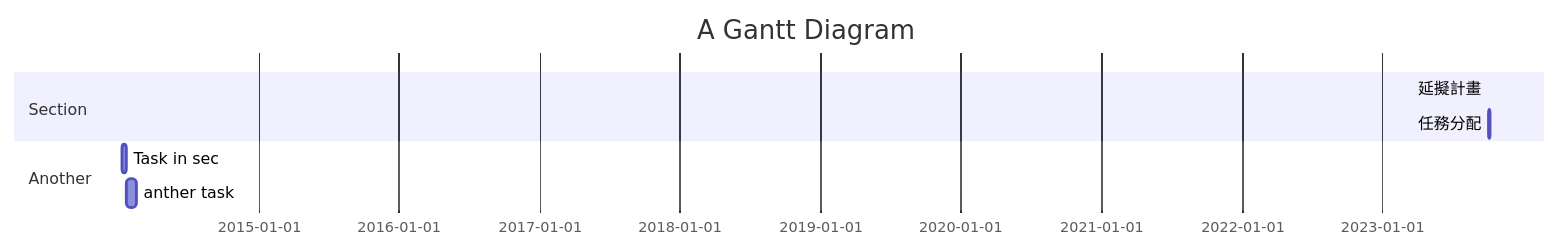
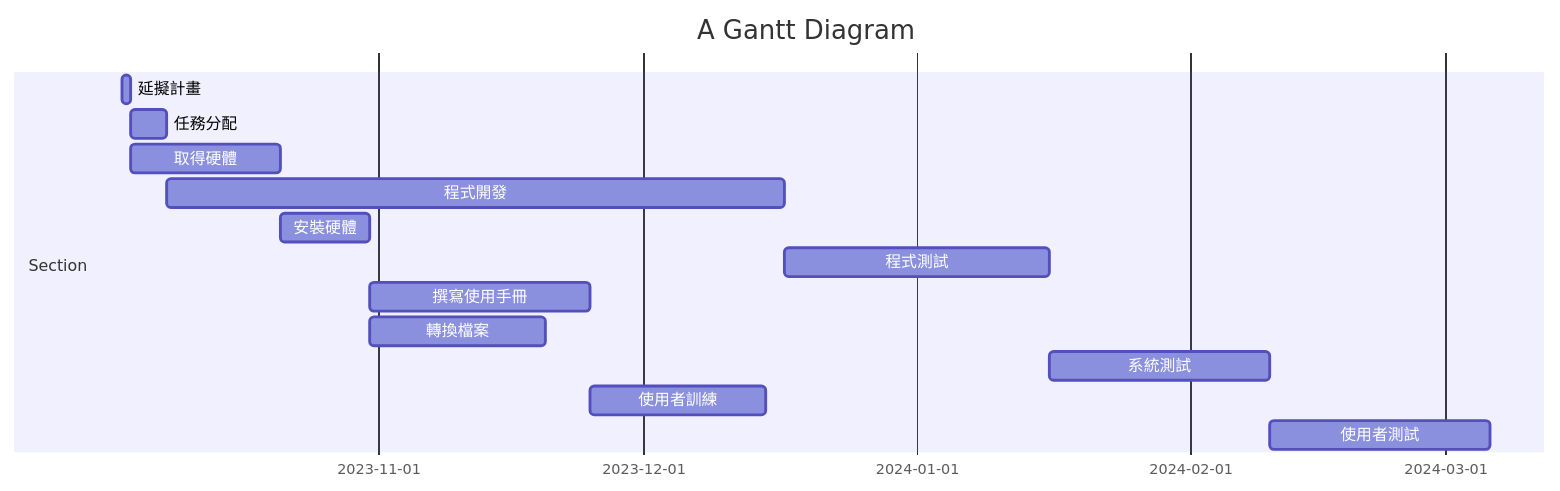
Before and after one commit to xinyi1201/hw2.md: the diagram in README.md, drawn with Mermaid. The commit also changed other lines of this file, not shown here.

````diff
--- a/README.md
+++ b/README.md
@@ -8,11 +8,17 @@
 ```mermaid
 gantt
     title A Gantt Diagram
 
     section Section
     延擬計畫          :a1, 2023-10-03, 1d
-    任務分配     :after a1  , 4d
-    section Another
-    Task in sec      :2014-01-12  , 12d
-    anther task      : 24d
+    任務分配     :a2 , after a1  , 4d
+    取得硬體   : a3 ,after a1  , 17d
+    程式開發 : a4 ,after a2  , 70d
+    安裝硬體 : a5 ,after a3  , 10d
+    程式測試 : a6 ,after a4  , 30d
+    撰寫使用手冊 : a7 ,after a5  , 25d
+    轉換檔案 : a8,after a5  , 20d
+    系統測試 : a9,after a6  , 25d
+    使用者訓練 : a10,after a7 a8  , 20d
+    使用者測試 : a11,after a9 a10  , 25d
 ```
````
